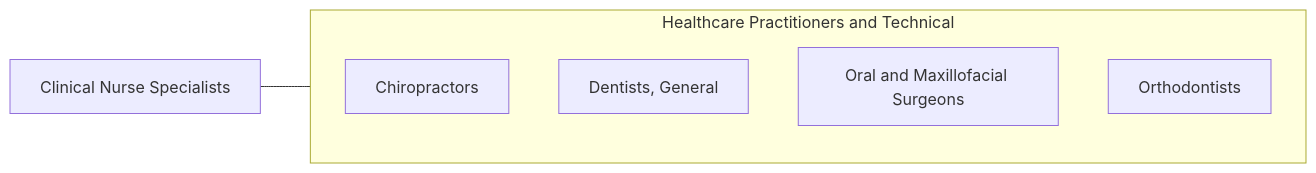
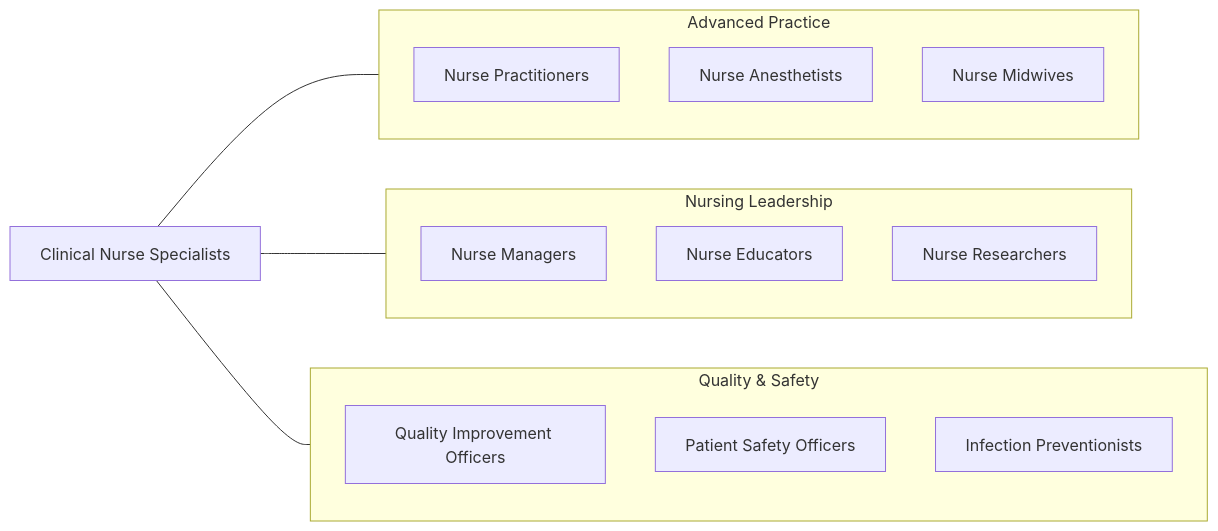
Before and after one commit to kziemski/business.org.ai: the fourth of 4 diagrams in occupations/HealthcarePractitioners/ClinicalNurseSpecialists.mdx, drawn with Mermaid. The commit also changed other lines of this file and 938 other files, not shown here.

````diff
--- a/occupations/HealthcarePractitioners/ClinicalNurseSpecialists.mdx
+++ b/occupations/HealthcarePractitioners/ClinicalNurseSpecialists.mdx
@@ -117,13 +223,26 @@
 ```mermaid
 graph LR
     Current["Clinical Nurse Specialists"]
 
-    subgraph SameCategory["Healthcare Practitioners and Technical"]
-        Chiropractors["Chiropractors"]
-        DentistsGeneral["Dentists, General"]
-        OralAndMaxillofacial["Oral and Maxillofacial Surgeons"]
-        Orthodontists["Orthodontists"]
+    subgraph AdvancedPractice["Advanced Practice"]
+        NP["Nurse Practitioners"]
+        CRNA["Nurse Anesthetists"]
+        CNM["Nurse Midwives"]
     end
 
-    Current --- SameCategory
+    subgraph NursingLeadership["Nursing Leadership"]
+        NurseManager["Nurse Managers"]
+        NurseEducator["Nurse Educators"]
+        NurseResearcher["Nurse Researchers"]
+    end
+
+    subgraph QualitySafety["Quality & Safety"]
+        QIOfficer["Quality Improvement Officers"]
+        PatientSafety["Patient Safety Officers"]
+        InfectionPrev["Infection Preventionists"]
+    end
+
+    Current --- AdvancedPractice
+    Current --- NursingLeadership
+    Current --- QualitySafety
 ```
````
